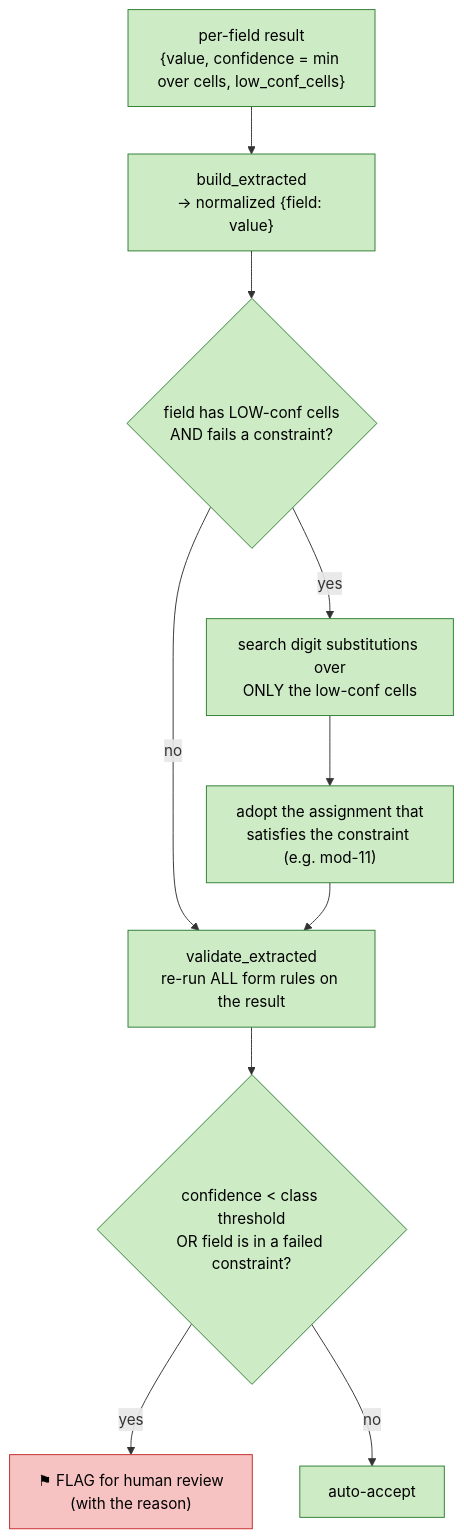
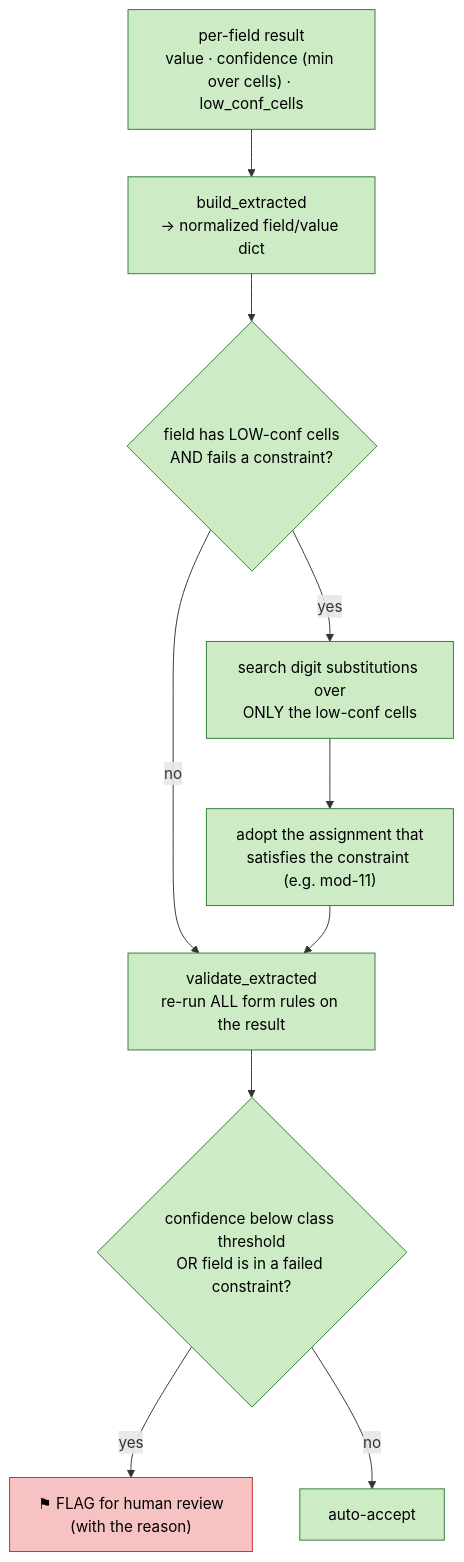
Before and after one commit to samooo221/potvrdenie: the third of 7 diagrams in ARCHITECTURE.md, drawn with Mermaid. The commit also changed other lines of this file, not shown here.

First line of the commit message:
ARCHITECTURE.md: harden mermaid for reliable GitHub rendering

````diff
--- a/ARCHITECTURE.md
+++ b/ARCHITECTURE.md
@@ -88,17 +88,17 @@
 ```mermaid
 flowchart TD
-    OCR["per-field result<br/>{value, confidence = min over cells, low_conf_cells}"] --> EX["build_extracted<br/>→ normalized {field: value}"]
+    OCR["per-field result<br/>value · confidence (min over cells) · low_conf_cells"] --> EX["build_extracted<br/>→ normalized field/value dict"]
     EX --> DIS{"field has LOW-conf cells<br/>AND fails a constraint?"}
     DIS -- "yes" --> SEARCH["search digit substitutions over<br/>ONLY the low-conf cells"]
     SEARCH --> ADOPT["adopt the assignment that<br/>satisfies the constraint (e.g. mod-11)"]
     DIS -- "no" --> VAL
     ADOPT --> VAL["validate_extracted<br/>re-run ALL form rules on the result"]
-    VAL --> ESC{"confidence < class threshold<br/>OR field is in a failed constraint?"}
+    VAL --> ESC{"confidence below class threshold<br/>OR field is in a failed constraint?"}
     ESC -- "yes" --> FLAG["⚑ FLAG for human review<br/>(with the reason)"]
     ESC -- "no" --> ACC["auto-accept"]
 
     classDef built fill:#cdebc5,stroke:#2e7d32,color:#000;
     classDef flag fill:#f6c2c2,stroke:#c62828,color:#000;
     class OCR,EX,DIS,SEARCH,ADOPT,VAL,ESC,ACC built;
     class FLAG flag;
 ```
````
